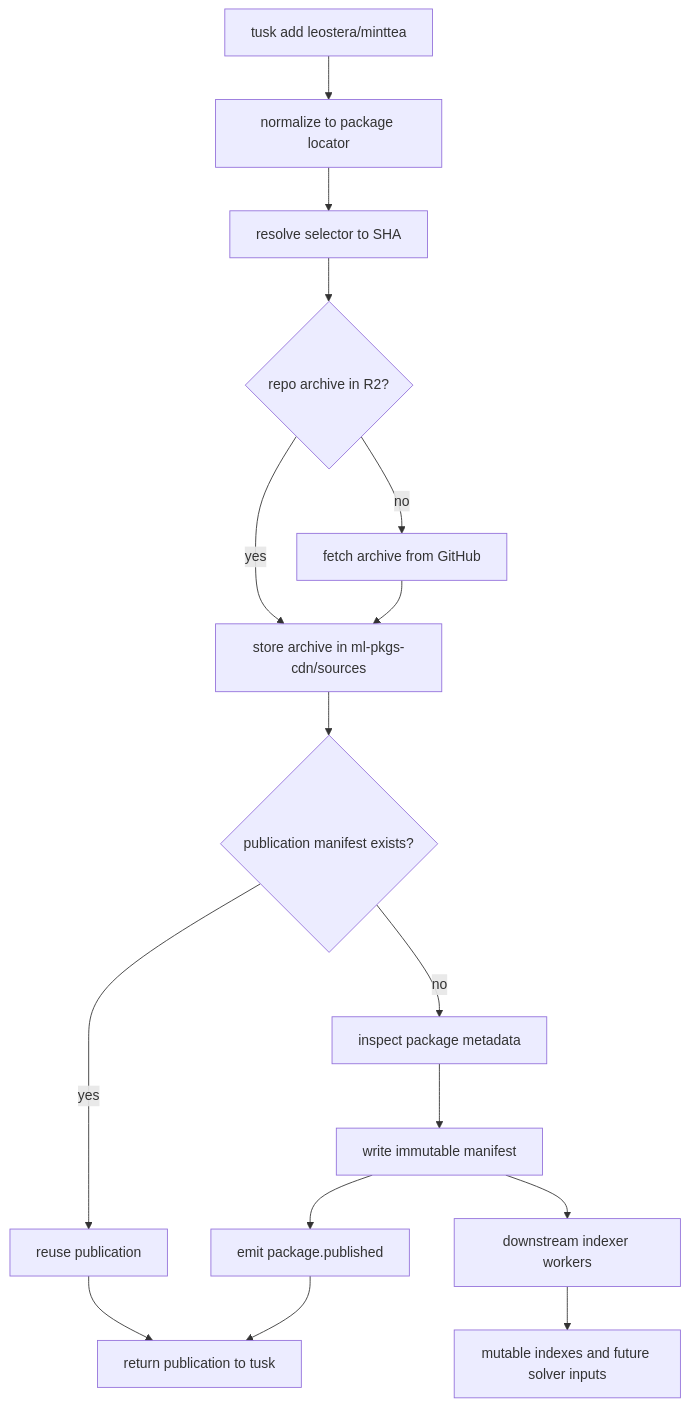
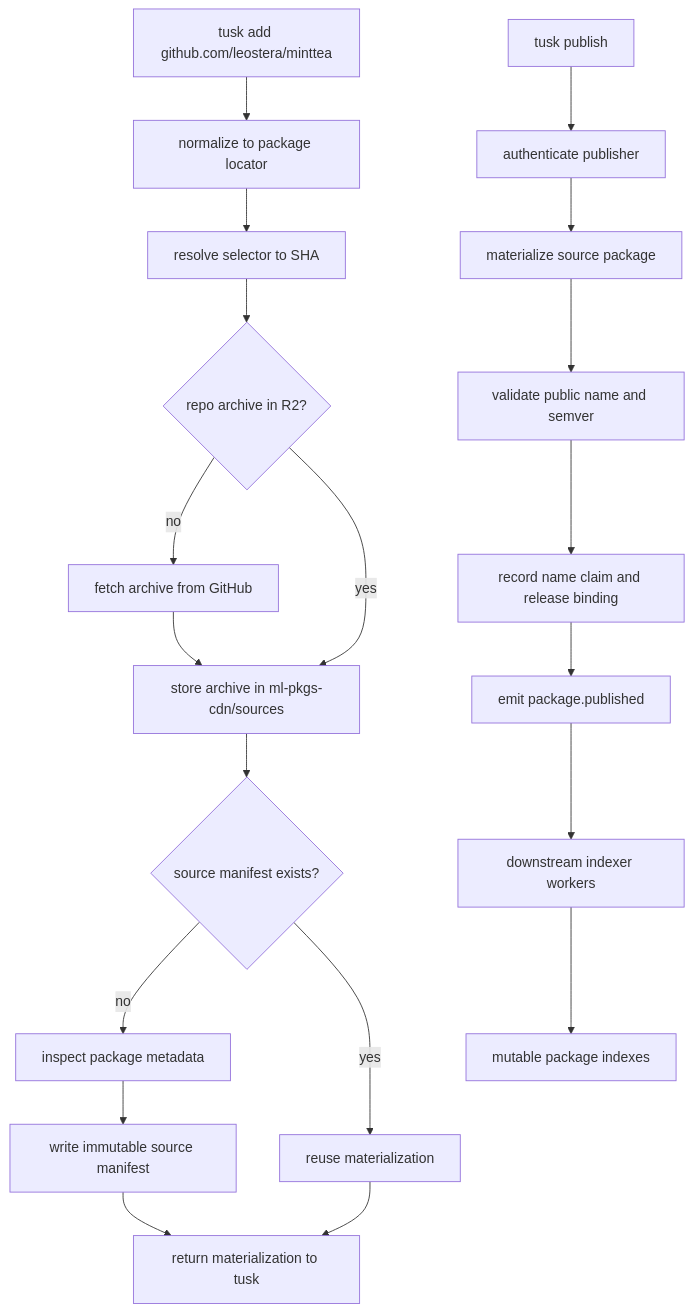
One commit to leostera/riot-lang changed the diagram in docs/rfds/RFD0022-riot-package-registry.md. Above: the diagram before and after it, drawn with Mermaid. The commit also changed other lines of this file and 15 other files, not shown here.

````diff
--- a/docs/rfds/RFD0022-riot-package-registry.md
+++ b/docs/rfds/RFD0022-riot-package-registry.md
@@ -190,18 +229,23 @@
 ```mermaid
 flowchart TD
-  A[tusk add leostera/minttea] --> B[normalize to package locator]
+  A[tusk add github.com/leostera/minttea] --> B[normalize to package locator]
   B --> C[resolve selector to SHA]
   C --> D{repo archive in R2?}
   D -->|no| E[fetch archive from GitHub]
   E --> F[store archive in ml-pkgs-cdn/sources]
   D -->|yes| F
-  F --> G{publication manifest exists?}
+  F --> G{source manifest exists?}
   G -->|no| H[inspect package metadata]
-  H --> I[write immutable manifest]
-  I --> J[emit package.published]
-  G -->|yes| K[reuse publication]
-  J --> L[return publication to tusk]
-  K --> L
-  I --> M[downstream indexer workers]
-  M --> N[mutable indexes and future solver inputs]
+  H --> I[write immutable source manifest]
+  G -->|yes| J[reuse materialization]
+  I --> K[return materialization to tusk]
+  J --> K
+
+  L[tusk publish] --> M[authenticate publisher]
+  M --> N[materialize source package]
+  N --> O[validate public name and semver]
+  O --> P[record name claim and release binding]
+  P --> Q[emit package.published]
+  Q --> R[downstream indexer workers]
+  R --> S[mutable package indexes]
 ```
````
